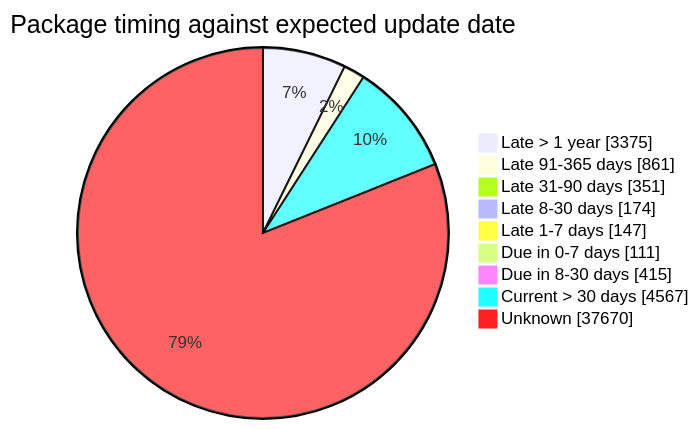
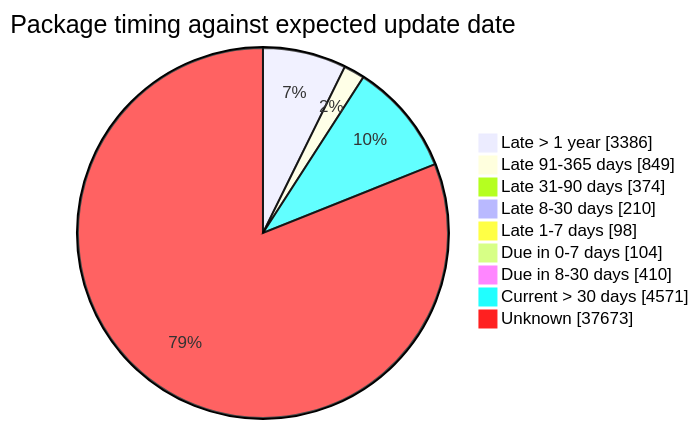
The fourth of 5 diagrams in FreshCheck/README.md (open-data/analytics-corporate-reporting), drawn with Mermaid before and after one commit. The commit also changed other lines of this file and 3 other files, not shown here.

````diff
--- a/FreshCheck/README.md
+++ b/FreshCheck/README.md
@@ -86,12 +86,12 @@
 ```mermaid
 pie showData title Package timing against expected update date
-    "Late > 1 year": 3375
-    "Late 91-365 days": 861
-    "Late 31-90 days": 351
-    "Late 8-30 days": 174
-    "Late 1-7 days": 147
-    "Due in 0-7 days": 111
-    "Due in 8-30 days": 415
-    "Current > 30 days": 4567
-    "Unknown": 37670
+    "Late > 1 year": 3386
+    "Late 91-365 days": 849
+    "Late 31-90 days": 374
+    "Late 8-30 days": 210
+    "Late 1-7 days": 98
+    "Due in 0-7 days": 104
+    "Due in 8-30 days": 410
+    "Current > 30 days": 4571
+    "Unknown": 37673
 ```
````
